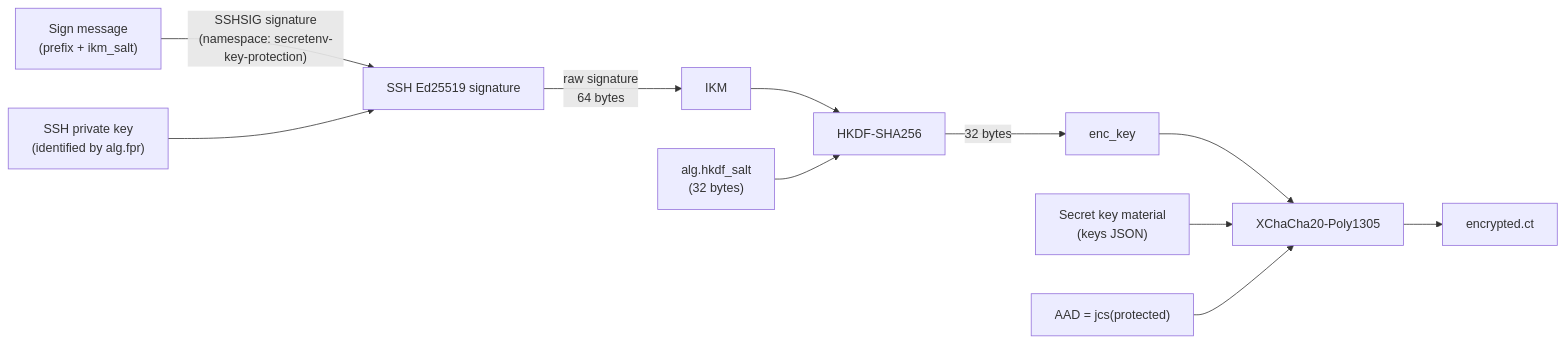
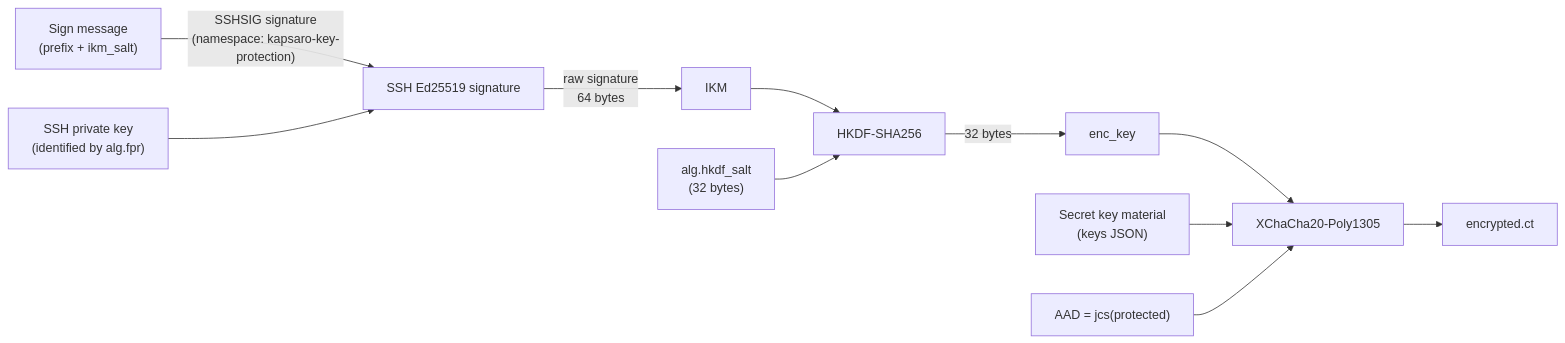
Before and after one commit to ebisawa/kapsaro: the fifth of 6 diagrams in guides/security_design_en.md, drawn with Mermaid. The commit also changed other lines of this file and 1011 other files, not shown here.

First line of the commit message:
chore: rebrand project from secretenv to kapsaro

````diff
--- a/guides/security_design_en.md
+++ b/guides/security_design_en.md
@@ -1030,13 +1030,13 @@
 ```mermaid
 graph LR
-    Msg["Sign message<br/>(prefix + ikm_salt)"] -->|"SSHSIG signature<br/>(namespace: secretenv-key-protection)"| SSHSign["SSH Ed25519 signature"]
+    Msg["Sign message<br/>(prefix + ikm_salt)"] -->|"SSHSIG signature<br/>(namespace: kapsaro-key-protection)"| SSHSign["SSH Ed25519 signature"]
     SSHKey["SSH private key<br/>(identified by alg.fpr)"] --> SSHSign
     SSHSign -->|"raw signature<br/>64 bytes"| IKM["IKM"]
     IKM --> HKDF["HKDF-SHA256"]
     Salt["alg.hkdf_salt<br/>(32 bytes)"] --> HKDF
     HKDF -->|32 bytes| EncKey["enc_key"]
     EncKey --> AEAD["XChaCha20-Poly1305"]
     Plaintext["Secret key material<br/>(keys JSON)"] --> AEAD
     AAD["AAD = jcs(protected)"] --> AEAD
     AEAD --> CT["encrypted.ct"]
 ```
````
